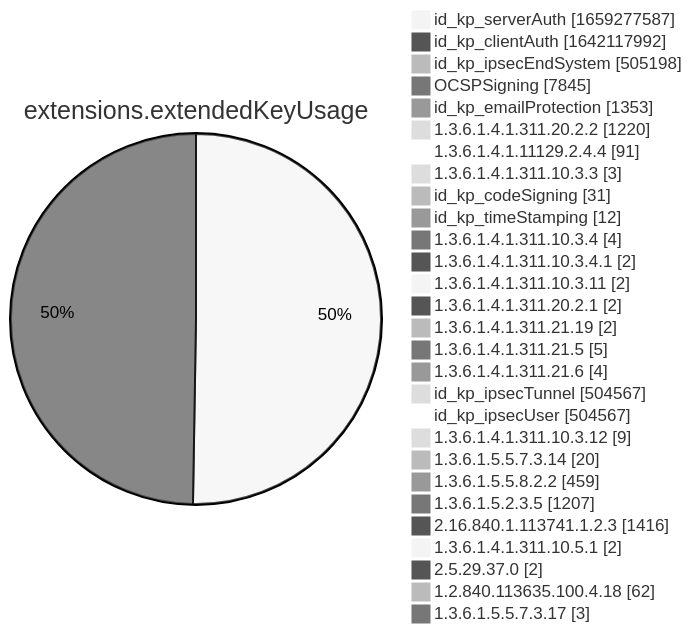
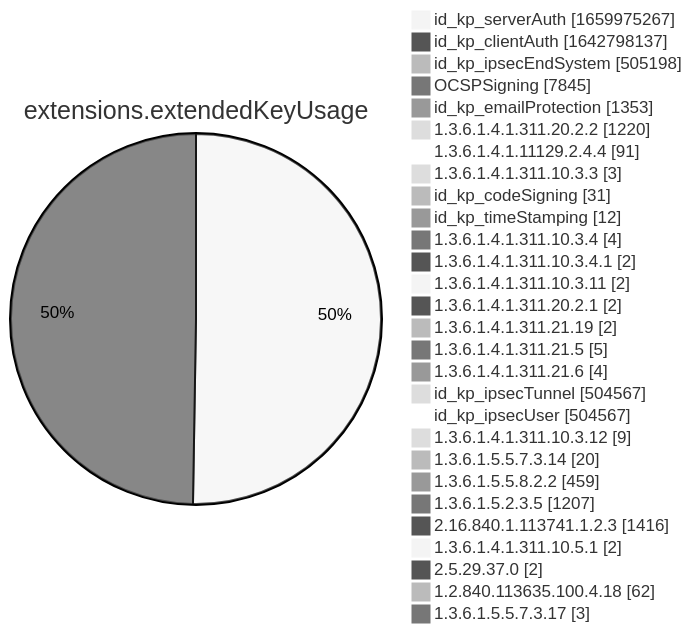
Diagram 12 of 15 in xenon2022/README.md (christiankrug/ctmonitor_visualization), drawn with Mermaid (neutral theme) before and after one commit. The commit also changed other lines of this file, not shown here.

````diff
--- a/xenon2022/README.md
+++ b/xenon2022/README.md
@@ -3887,32 +3887,32 @@
 ```mermaid
 pie showData
 title extensions.extendedKeyUsage
-"id_kp_serverAuth" :1659277587
-"id_kp_clientAuth" :1642117992
+"id_kp_serverAuth" :1659975267
+"id_kp_clientAuth" :1642798137
 "id_kp_ipsecEndSystem" :505198
 "OCSPSigning" :7845
 "id_kp_emailProtection" :1353
 "1.3.6.1.4.1.311.20.2.2" :1220
 "1.3.6.1.4.1.11129.2.4.4" :91
 "1.3.6.1.4.1.311.10.3.3" :3
 "id_kp_codeSigning" :31
 "id_kp_timeStamping" :12
 "1.3.6.1.4.1.311.10.3.4" :4
 "1.3.6.1.4.1.311.10.3.4.1" :2
 "1.3.6.1.4.1.311.10.3.11" :2
 "1.3.6.1.4.1.311.20.2.1" :2
 "1.3.6.1.4.1.311.21.19" :2
 "1.3.6.1.4.1.311.21.5" :5
 "1.3.6.1.4.1.311.21.6" :4
 "id_kp_ipsecTunnel" :504567
 "id_kp_ipsecUser" :504567
 "1.3.6.1.4.1.311.10.3.12" :9
 "1.3.6.1.5.5.7.3.14" :20
 "1.3.6.1.5.5.8.2.2" :459
 "1.3.6.1.5.2.3.5" :1207
 "2.16.840.1.113741.1.2.3" :1416
 "1.3.6.1.4.1.311.10.5.1" :2
 "2.5.29.37.0" :2
 "1.2.840.113635.100.4.18" :62
 "1.3.6.1.5.5.7.3.17" :3
 ```
````
